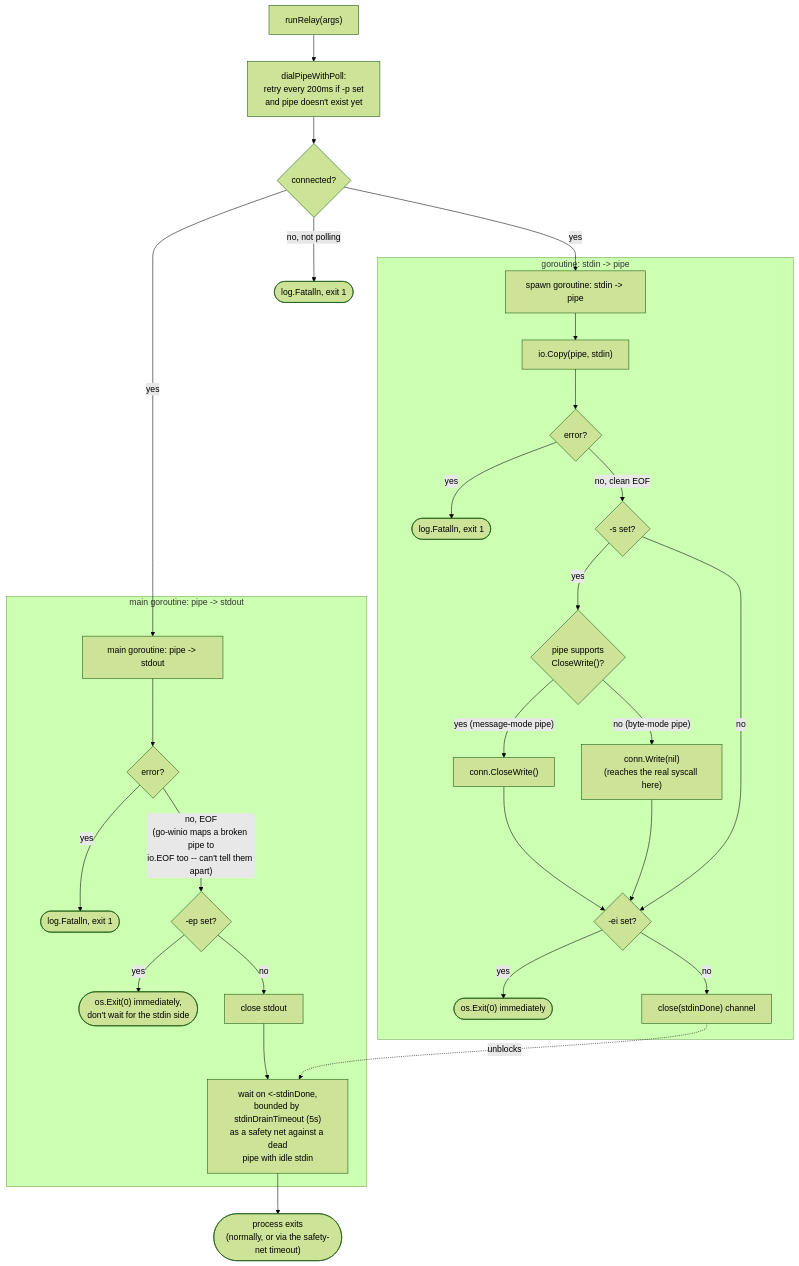
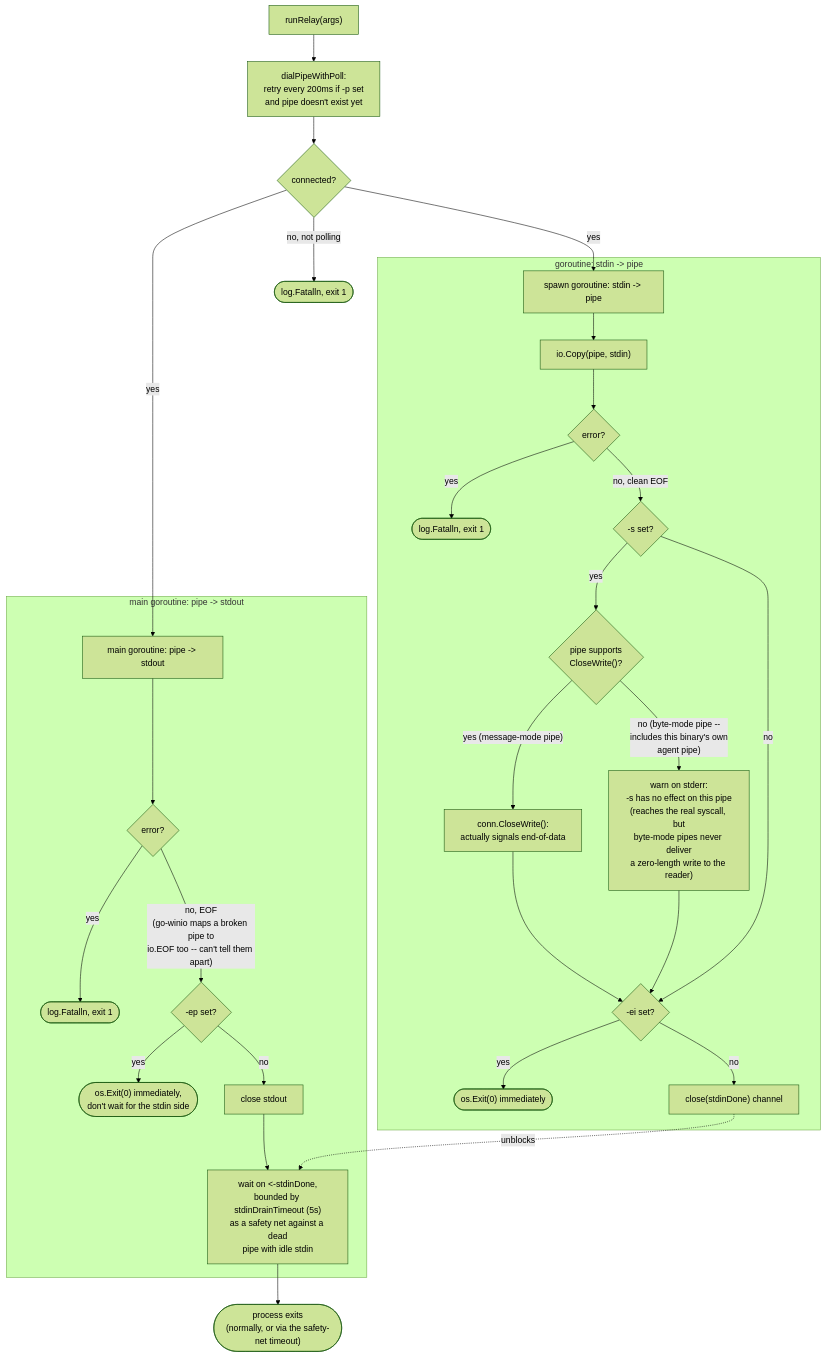
The fourth of 7 diagrams in docs/FLOWS.md (TomKodesh/keybridge), drawn with Mermaid (forest theme) before and after one commit. The commit also changed other lines of this file and 2 other files, not shown here.

````diff
--- a/docs/FLOWS.md
+++ b/docs/FLOWS.md
@@ -112,35 +112,35 @@
 ```mermaid
 flowchart TD
     A["runRelay(args)"] --> B["dialPipeWithPoll:\nretry every 200ms if -p set\nand pipe doesn't exist yet"]
     B --> C{"connected?"}
     C -- "no, not polling" --> Z1(["log.Fatalln, exit 1"])
     C -- yes --> D["spawn goroutine: stdin -> pipe"]
     C -- yes --> E["main goroutine: pipe -> stdout"]
 
     subgraph G1["goroutine: stdin -> pipe"]
         D --> D1["io.Copy(pipe, stdin)"]
         D1 --> D2{"error?"}
         D2 -- yes --> Z2(["log.Fatalln, exit 1"])
         D2 -- "no, clean EOF" --> D3{"-s set?"}
         D3 -- yes --> D3a{"pipe supports\nCloseWrite()?"}
-        D3a -- "yes (message-mode pipe)" --> D3b["conn.CloseWrite()"]
-        D3a -- "no (byte-mode pipe)" --> D3c["conn.Write(nil)\n(reaches the real syscall here)"]
+        D3a -- "yes (message-mode pipe)" --> D3b["conn.CloseWrite():\nactually signals end-of-data"]
+        D3a -- "no (byte-mode pipe --\nincludes this binary's own\nagent pipe)" --> D3c["warn on stderr:\n-s has no effect on this pipe\n(reaches the real syscall, but\nbyte-mode pipes never deliver\na zero-length write to the reader)"]
         D3b --> D4
         D3c --> D4
         D3 -- no --> D4{"-ei set?"}
         D4 -- yes --> Z3(["os.Exit(0) immediately"])
         D4 -- no --> D6["close(stdinDone) channel"]
     end
 
     subgraph G2["main goroutine: pipe -> stdout"]
         E --> E1{"error?"}
         E1 -- yes --> Z4(["log.Fatalln, exit 1"])
         E1 -- "no, EOF\n(go-winio maps a broken pipe to\nio.EOF too -- can't tell them apart)" --> E2{"-ep set?"}
         E2 -- yes --> Z5(["os.Exit(0) immediately,\ndon't wait for the stdin side"])
         E2 -- no --> E3["close stdout"]
         E3 --> E4["wait on <-stdinDone,\nbounded by stdinDrainTimeout (5s)\nas a safety net against a dead\npipe with idle stdin"]
     end
 
     D6 -.unblocks.-> E4
     E4 --> Done(["process exits\n(normally, or via the safety-net timeout)"])
 ```
````
